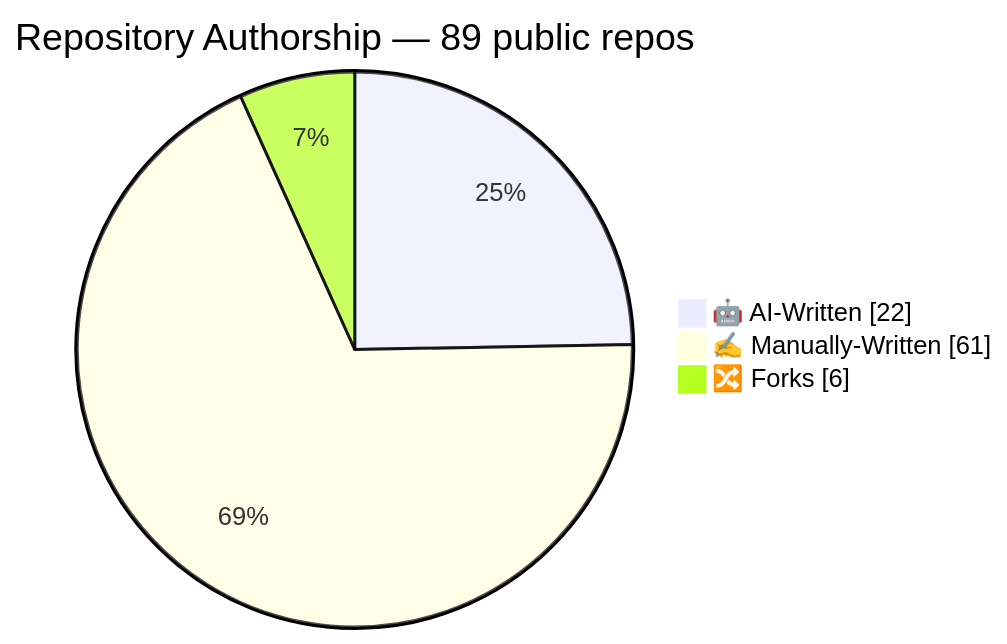
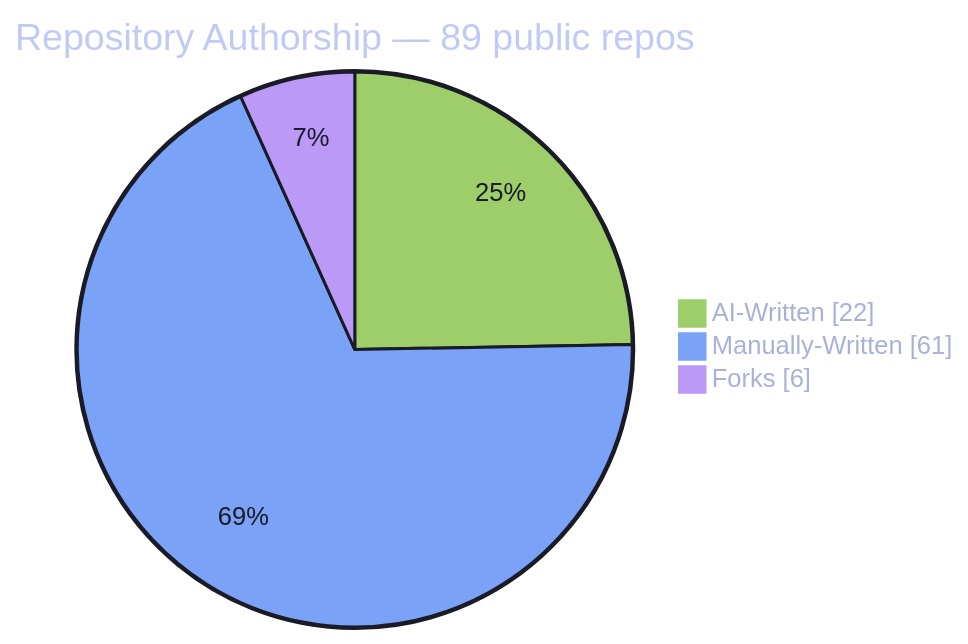
The diagram in README.md (MrParkerZ7/MrParkerZ7), drawn with Mermaid before and after one commit. The commit also changed other lines of this file, not shown here.

Commit message:
docs(readme): theme Mermaid authorship pie to tokyonight dark
Drop the unicode-bar trial; keep only the Mermaid pie, restyled with a
dark tokyonight palette (1a1b27 bg, blue/green/purple slices) to match
the streak and activity-graph cards.

````diff
--- a/README.md
+++ b/README.md
@@ -54,7 +54,8 @@
 ```mermaid
+%%{init: {"theme":"base","themeVariables":{"pie1":"#9ece6a","pie2":"#7aa2f7","pie3":"#bb9af7","pieTitleTextColor":"#c0caf5","pieSectionTextColor":"#1a1b27","pieStrokeColor":"#1a1b27","pieStrokeWidth":"2px","pieOuterStrokeColor":"#1a1b27","pieOuterStrokeWidth":"2px","pieLegendTextColor":"#a9b1d6","pieOpacity":"1","background":"#1a1b27","fontFamily":"Segoe UI, Ubuntu, sans-serif"}}}%%
 pie showData
     title Repository Authorship — 89 public repos
-    "🤖 AI-Written" : 22
-    "✍️ Manually-Written" : 61
-    "🔀 Forks" : 6
+    "AI-Written" : 22
+    "Manually-Written" : 61
+    "Forks" : 6
 ```
````
